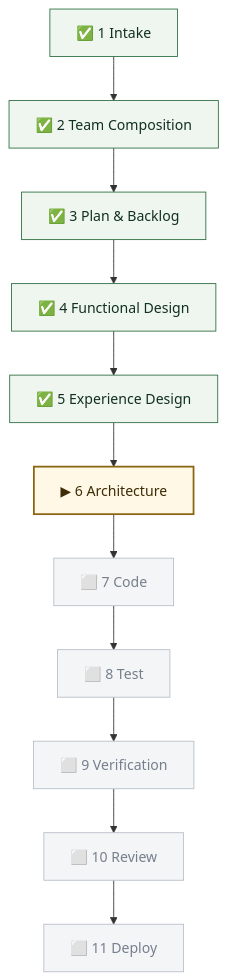
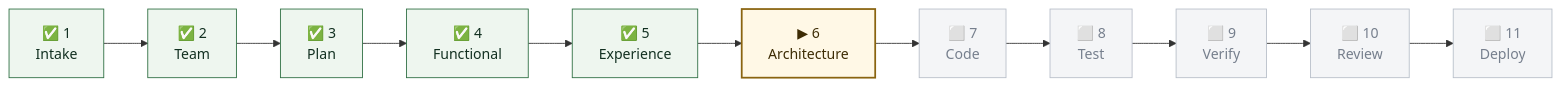
One commit to tandonakhil/AICluadeCode changed the second of 7 diagrams in admin/samples/PIPELINE_WALKTHROUGH.md. Above: the diagram before and after it, drawn with Mermaid. The commit also changed other lines of this file and 7 other files, not shown here.

First line of the commit message:
Pipeline visibility: /ProjectStatus, portfolio graphs, LR layout, mandatory report-out

````diff
--- a/admin/samples/PIPELINE_WALKTHROUGH.md
+++ b/admin/samples/PIPELINE_WALKTHROUGH.md
@@ -172,14 +172,14 @@
 ```mermaid
-flowchart TD
-  G1["✅ 1 Intake"] --> G2["✅ 2 Team Composition"] --> G3["✅ 3 Plan &amp; Backlog"]
-  G3 --> G4["✅ 4 Functional Design"] --> G5["✅ 5 Experience Design"]
-  G5 --> G6["▶ 6 Architecture"] --> G7["⬜ 7 Code"] --> G8["⬜ 8 Test"]
-  G8 --> G9["⬜ 9 Verification"] --> G10["⬜ 10 Review"] --> G11["⬜ 11 Deploy"]
+flowchart LR
+  G1["✅ 1<br/>Intake"] --> G2["✅ 2<br/>Team"] --> G3["✅ 3<br/>Plan"]
+  G3 --> G4["✅ 4<br/>Functional"] --> G5["✅ 5<br/>Experience"]
+  G5 --> G6["▶ 6<br/>Architecture"] --> G7["⬜ 7<br/>Code"] --> G8["⬜ 8<br/>Test"]
+  G8 --> G9["⬜ 9<br/>Verify"] --> G10["⬜ 10<br/>Review"] --> G11["⬜ 11<br/>Deploy"]
 
   classDef done    fill:#eef6ef,stroke:#2f6f43,color:#123021
   classDef active  fill:#fff8e6,stroke:#8a6410,stroke-width:2px,color:#3d2c04
   classDef pending fill:#f4f5f7,stroke:#b8bfc9,color:#767f8d
   class G1,G2,G3,G4,G5 done
   class G6 active
   class G7,G8,G9,G10,G11 pending
 ```
````
